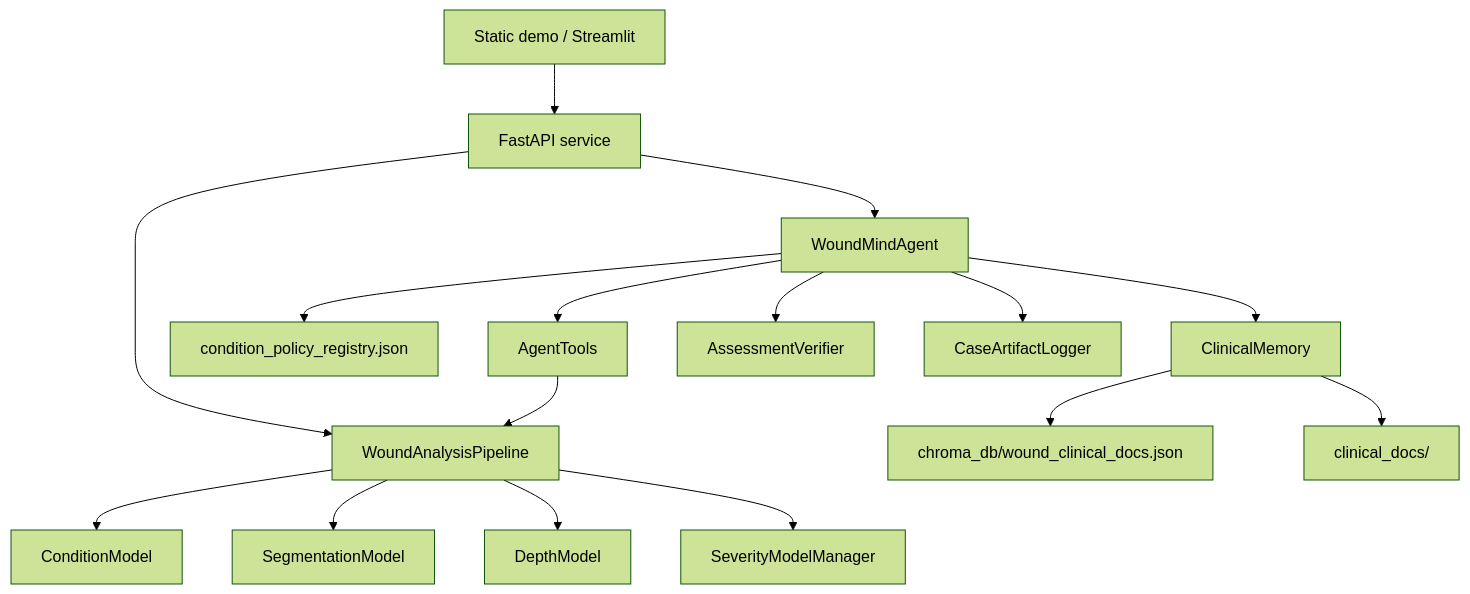
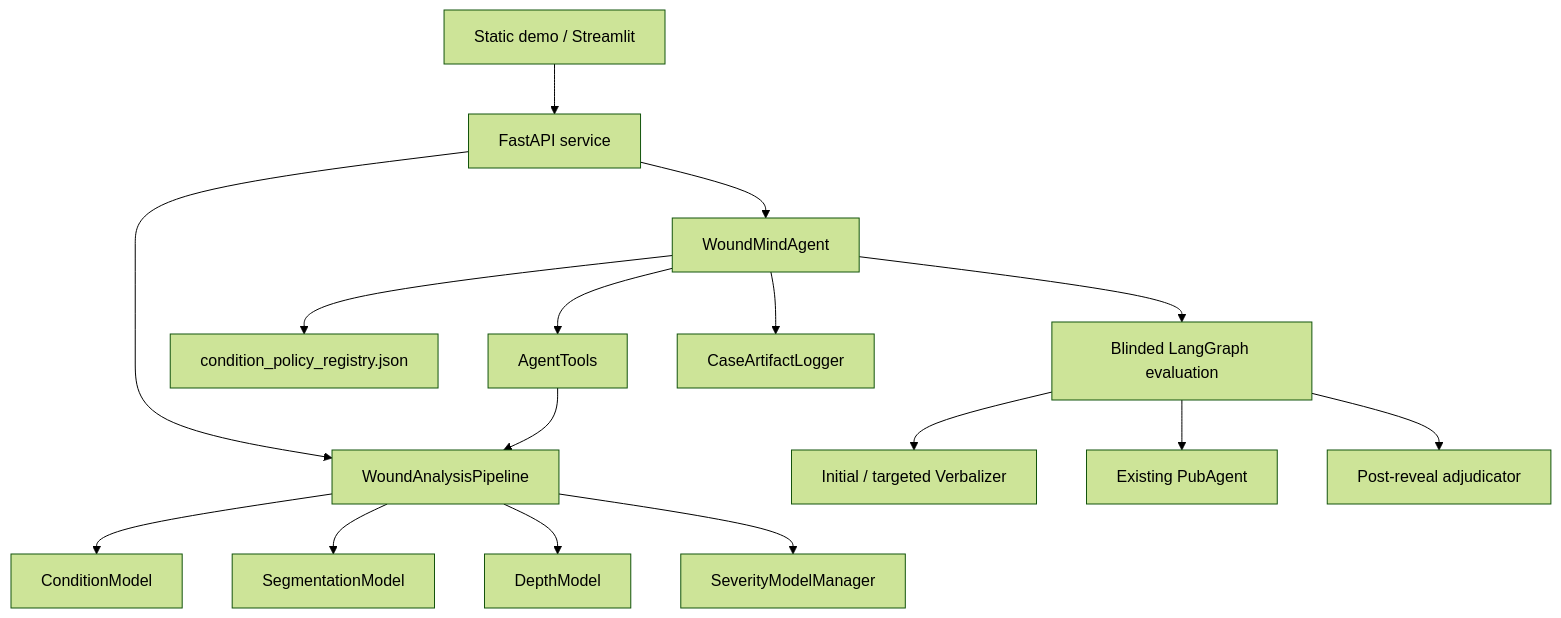
One commit to jxia622/WoundMind changed the first of 2 diagrams in docs/ARCHITECTURE.md. Above: the diagram before and after it, drawn with Mermaid (forest theme). The commit also changed other lines of this file and 38 other files, not shown here.

Commit message:
Add blinded LangGraph evaluation layer

````diff
--- a/docs/ARCHITECTURE.md
+++ b/docs/ARCHITECTURE.md
@@ -7,21 +7,21 @@
 ```mermaid
 flowchart TB
     UI["Static demo / Streamlit"] --> API["FastAPI service"]
     API --> Pipeline["WoundAnalysisPipeline"]
     API --> Agent["WoundMindAgent"]
 
     Pipeline --> Condition["ConditionModel"]
     Pipeline --> Segment["SegmentationModel"]
     Pipeline --> Depth["DepthModel"]
     Pipeline --> Severity["SeverityModelManager"]
 
     Agent --> Tools["AgentTools"]
     Agent --> Policy["condition_policy_registry.json"]
-    Agent --> Memory["ClinicalMemory"]
-    Agent --> Verifier["AssessmentVerifier"]
+    Agent --> Evaluation["Blinded LangGraph evaluation"]
     Agent --> Logger["CaseArtifactLogger"]
 
     Tools --> Pipeline
-    Memory --> Index["chroma_db/wound_clinical_docs.json"]
-    Memory --> Docs["clinical_docs/"]
+    Evaluation --> Verbalizer["Initial / targeted Verbalizer"]
+    Evaluation --> PubAgent["Existing PubAgent"]
+    Evaluation --> Adjudicator["Post-reveal adjudicator"]
 ```
````
